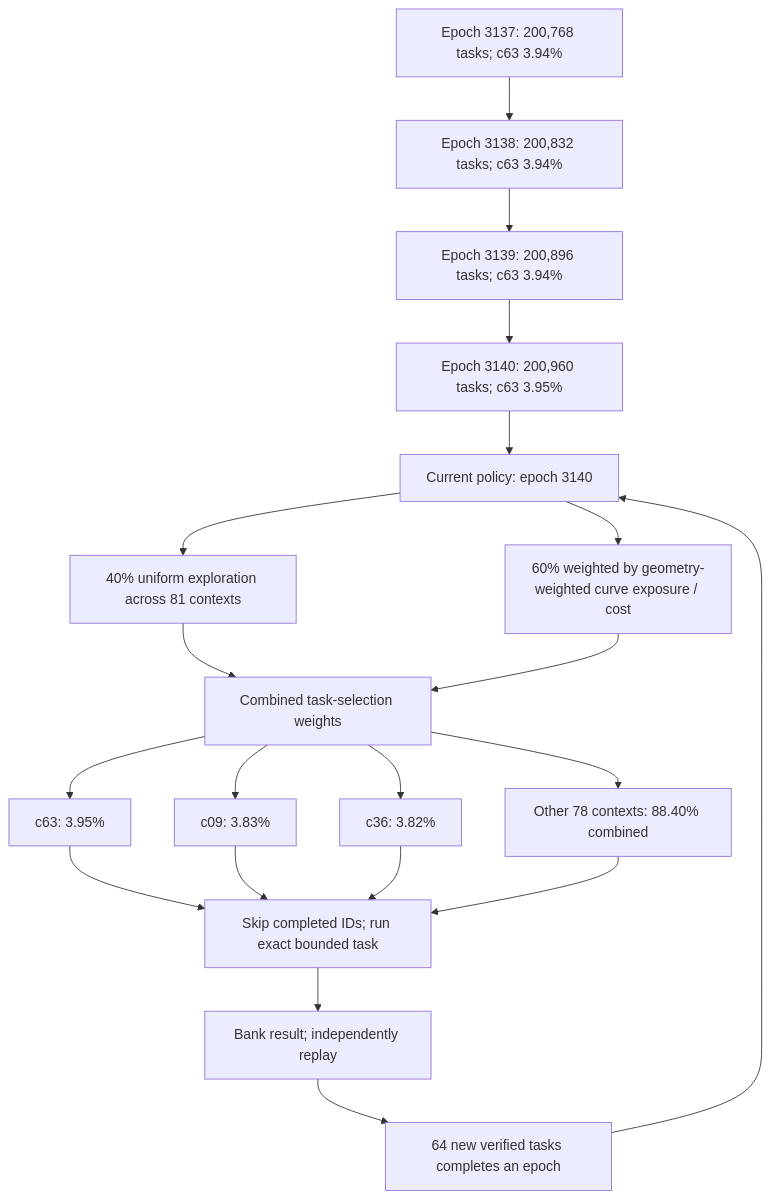
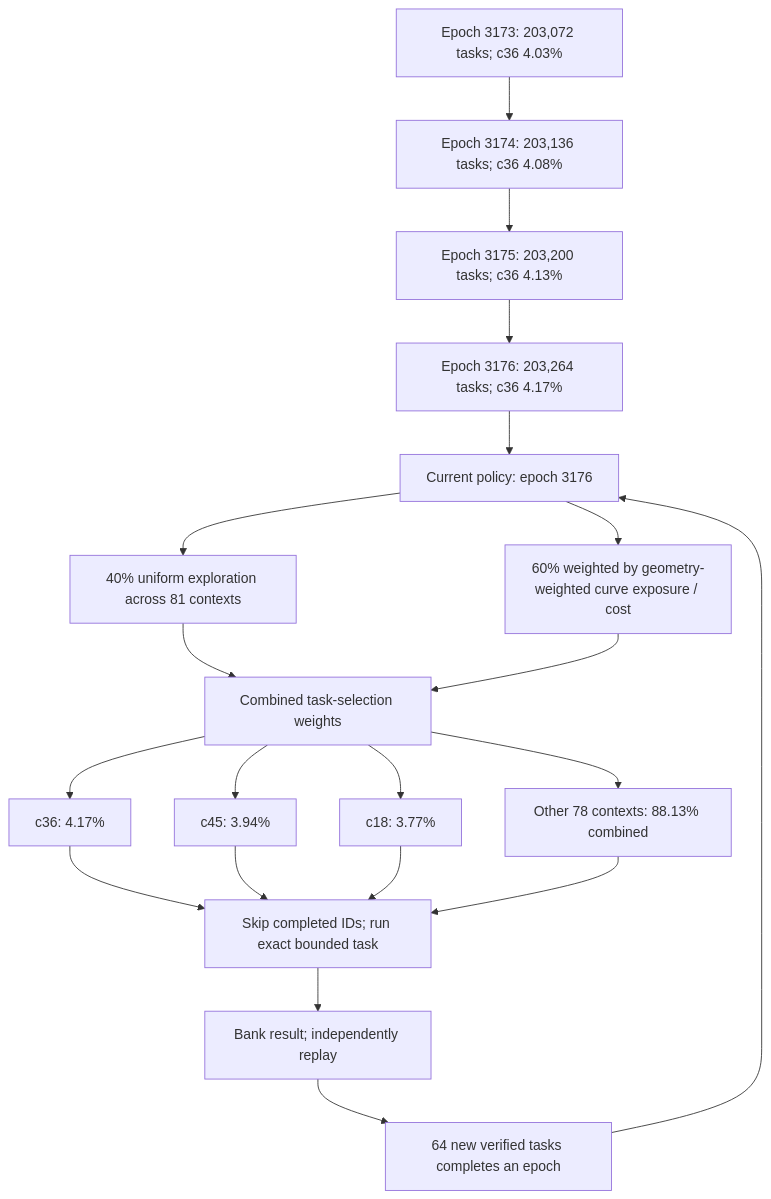
The first of 3 diagrams in README.md (Kuberwastaken/math-gambling), drawn with Mermaid before and after one commit. The commit also changed other lines of this file and 4526 other files, not shown here.

````diff
--- a/README.md
+++ b/README.md
@@ -60,27 +60,27 @@
 ```mermaid
 flowchart TD
-    H0["Epoch 3137: 200,768 tasks; c63 3.94%"]
-    H1["Epoch 3138: 200,832 tasks; c63 3.94%"]
+    H0["Epoch 3173: 203,072 tasks; c36 4.03%"]
+    H1["Epoch 3174: 203,136 tasks; c36 4.08%"]
     H0 --> H1
-    H2["Epoch 3139: 200,896 tasks; c63 3.94%"]
+    H2["Epoch 3175: 203,200 tasks; c36 4.13%"]
     H1 --> H2
-    H3["Epoch 3140: 200,960 tasks; c63 3.95%"]
+    H3["Epoch 3176: 203,264 tasks; c36 4.17%"]
     H2 --> H3
-    Policy["Current policy: epoch 3140"]
+    Policy["Current policy: epoch 3176"]
     H3 --> Policy
     Policy --> Explore["40% uniform exploration across 81 contexts"]
     Policy --> Cost["60% weighted by geometry-weighted curve exposure / cost"]
     Explore --> Mix["Combined task-selection weights"]
     Cost --> Mix
-    Mix --> C0["c63: 3.95%"]
-    Mix --> C1["c09: 3.83%"]
-    Mix --> C2["c36: 3.82%"]
-    Mix --> Rest["Other 78 contexts: 88.40% combined"]
+    Mix --> C0["c36: 4.17%"]
+    Mix --> C1["c45: 3.94%"]
+    Mix --> C2["c18: 3.77%"]
+    Mix --> Rest["Other 78 contexts: 88.13% combined"]
     C0 --> Check["Skip completed IDs; run exact bounded task"]
     C1 --> Check
     C2 --> Check
     Rest --> Check
     Check --> Replay["Bank result; independently replay"]
     Replay --> Gate["64 new verified tasks completes an epoch"]
     Gate --> Policy
 ```
````
